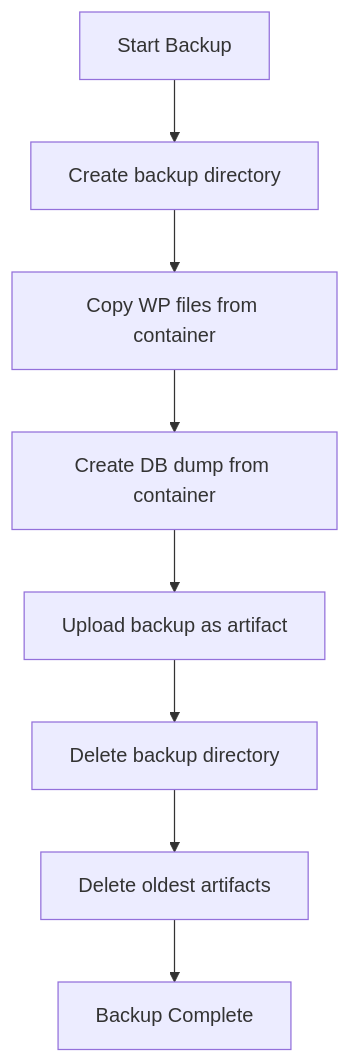
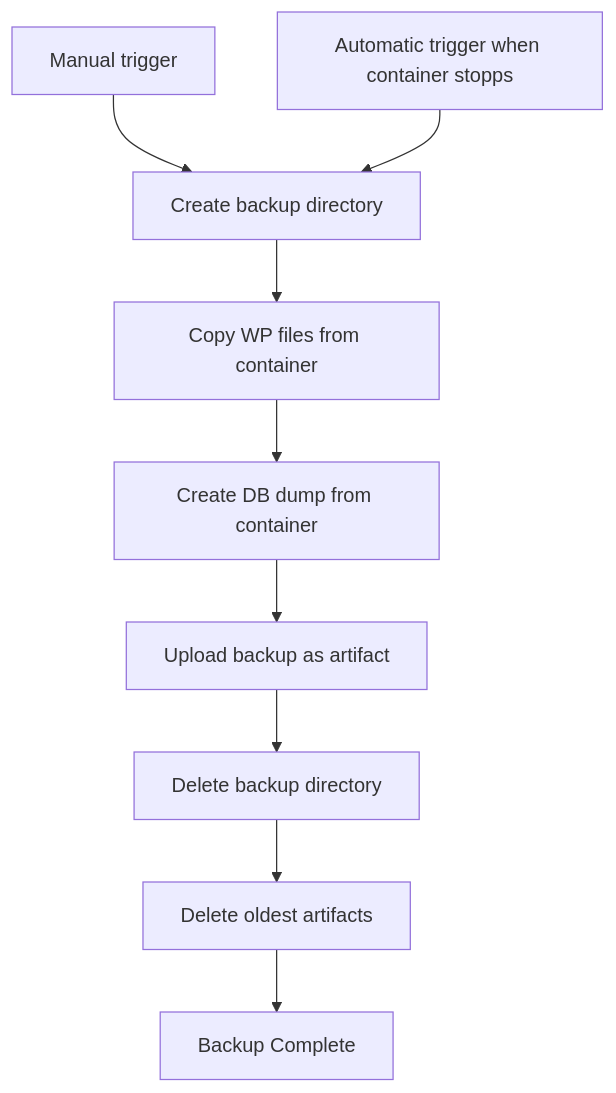
The first of 2 diagrams in docs/workflows/backup-workflows.md (pazderskipawel/cicd_wp_demo), drawn with Mermaid before and after one commit. The commit also changed other lines of this file and 1 other file, not shown here.

```diff
--- a/docs/workflows/backup-workflows.md
+++ b/docs/workflows/backup-workflows.md
@@ -17,10 +9,11 @@
 <div class="mermaid">
 flowchart TD
-    A[Start Backup] --> B[Create backup directory]
-    B --> C[Copy WP files from container]
-    C --> D[Create DB dump from container]
-    D --> E[Upload backup as artifact]
-    E --> F[Delete backup directory]
-    F --> G[Delete oldest artifacts]
-    G --> H[Backup Complete]
+    A[Manual trigger] --> C[Create backup directory]
+    B[Automatic trigger when container stopps] --> C
+    C --> D[Copy WP files from container]
+    D --> E[Create DB dump from container]
+    E --> F[Upload backup as artifact]
+    F --> G[Delete backup directory]
+    G --> H[Delete oldest artifacts]
+    H --> I[Backup Complete]
 </div>
```
